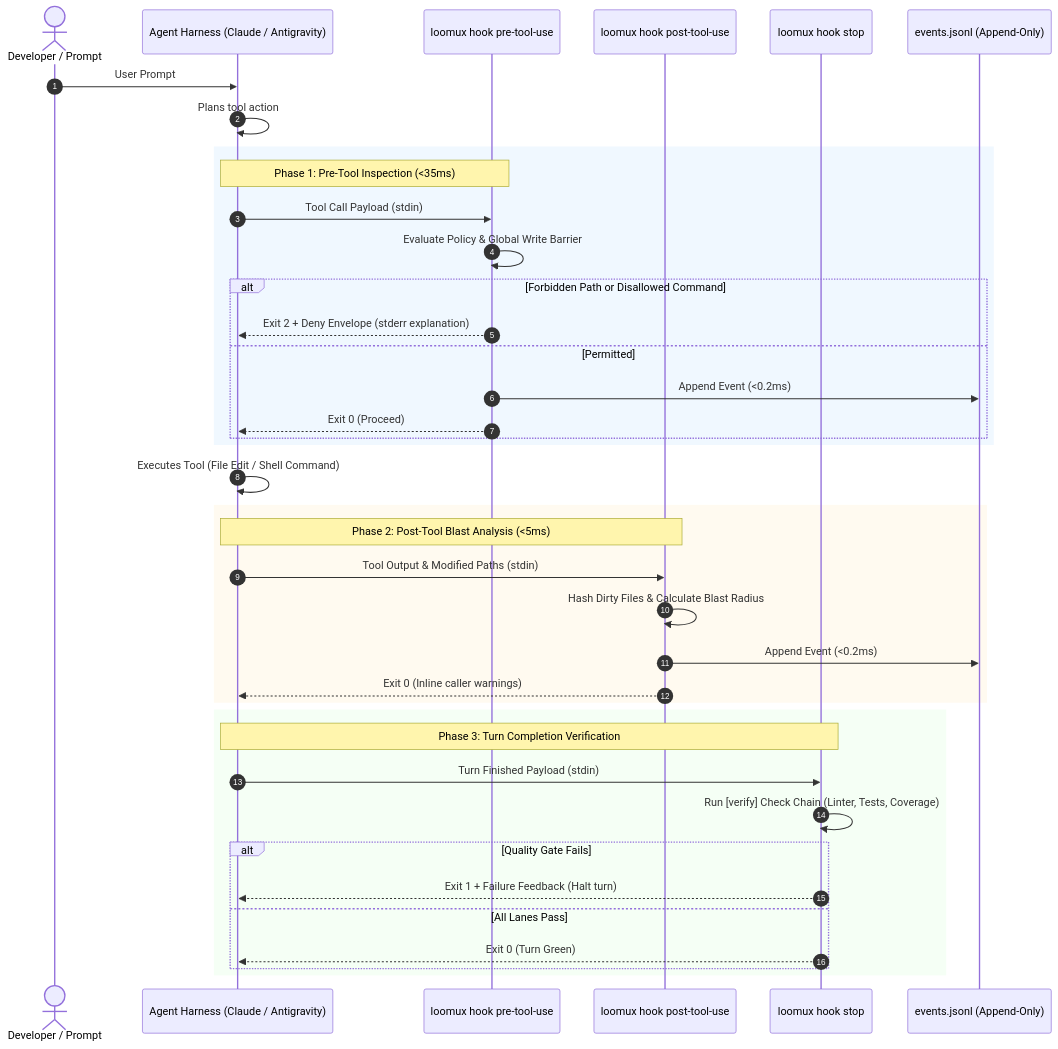
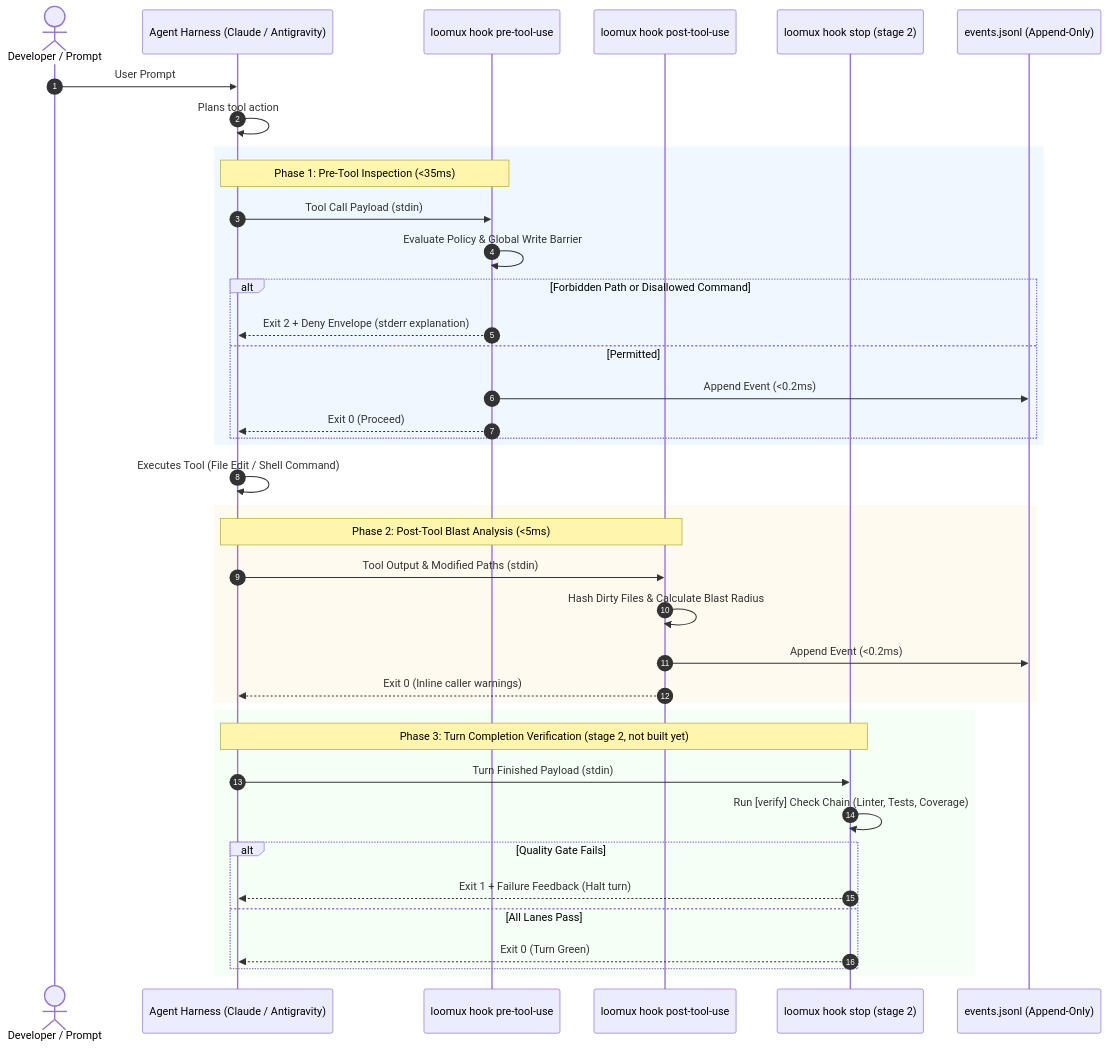
Before and after one commit to xidus90/loomux: the first of 3 diagrams in docs/en/hooks.md, drawn with Mermaid. The commit also changed other lines of this file and 6 other files, not shown here.

First line of the commit message:
Fold the policy, session hook and worktree flows into the hook pages

````diff
--- a/docs/en/hooks.md
+++ b/docs/en/hooks.md
@@ -11,46 +11,46 @@
 ```mermaid
 sequenceDiagram
     autonumber
     actor Dev as Developer / Prompt
     participant Host as Agent Harness (Claude / Antigravity)
     participant Pre as loomux hook pre-tool-use
     participant Post as loomux hook post-tool-use
-    participant Stop as loomux hook stop
+    participant Stop as loomux hook stop (stage 2)
     participant Journal as events.jsonl (Append-Only)
 
     Dev->>Host: User Prompt
     Host->>Host: Plans tool action
 
     rect rgb(240, 248, 255)
     Note over Host,Pre: Phase 1: Pre-Tool Inspection (<35ms)
     Host->>Pre: Tool Call Payload (stdin)
     Pre->>Pre: Evaluate Policy & Global Write Barrier
     alt Forbidden Path or Disallowed Command
         Pre-->>Host: Exit 2 + Deny Envelope (stderr explanation)
     else Permitted
         Pre->>Journal: Append Event (<0.2ms)
         Pre-->>Host: Exit 0 (Proceed)
     end
     end
 
     Host->>Host: Executes Tool (File Edit / Shell Command)
 
     rect rgb(255, 250, 240)
     Note over Host,Post: Phase 2: Post-Tool Blast Analysis (<5ms)
     Host->>Post: Tool Output & Modified Paths (stdin)
     Post->>Post: Hash Dirty Files & Calculate Blast Radius
     Post->>Journal: Append Event (<0.2ms)
     Post-->>Host: Exit 0 (Inline caller warnings)
     end
 
     rect rgb(245, 255, 245)
-    Note over Host,Stop: Phase 3: Turn Completion Verification
+    Note over Host,Stop: Phase 3: Turn Completion Verification (stage 2, not built yet)
     Host->>Stop: Turn Finished Payload (stdin)
     Stop->>Stop: Run [verify] Check Chain (Linter, Tests, Coverage)
     alt Quality Gate Fails
         Stop-->>Host: Exit 1 + Failure Feedback (Halt turn)
     else All Lanes Pass
         Stop-->>Host: Exit 0 (Turn Green)
     end
     end
 ```
````
